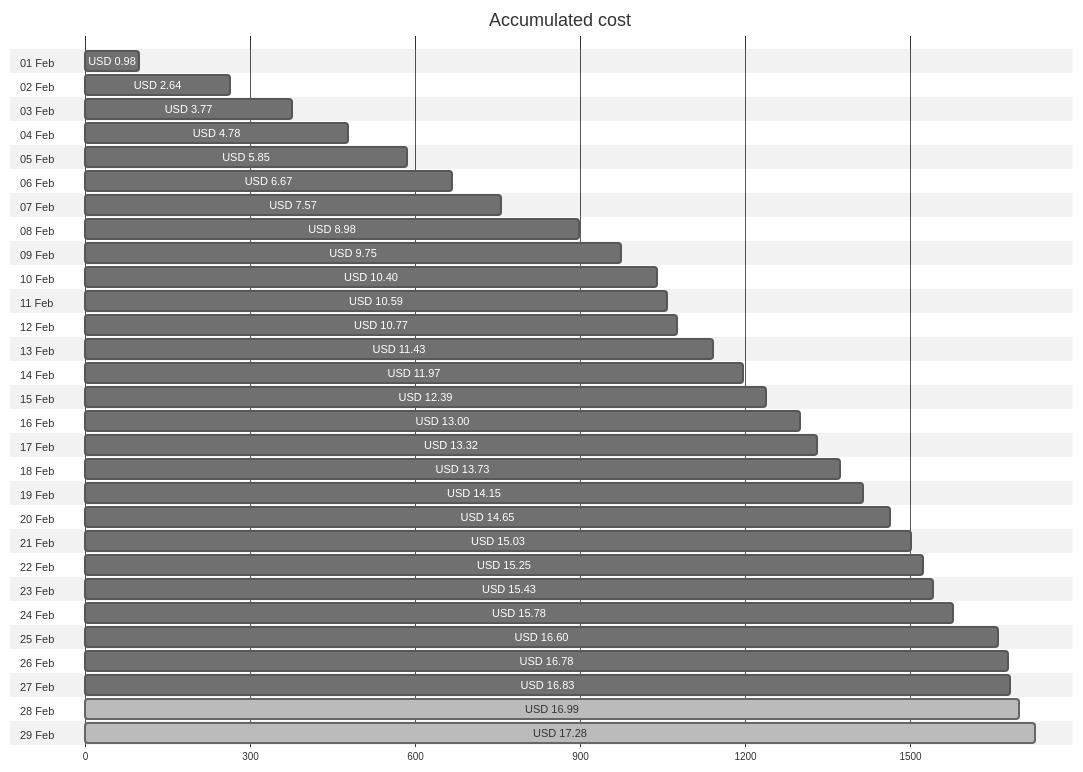
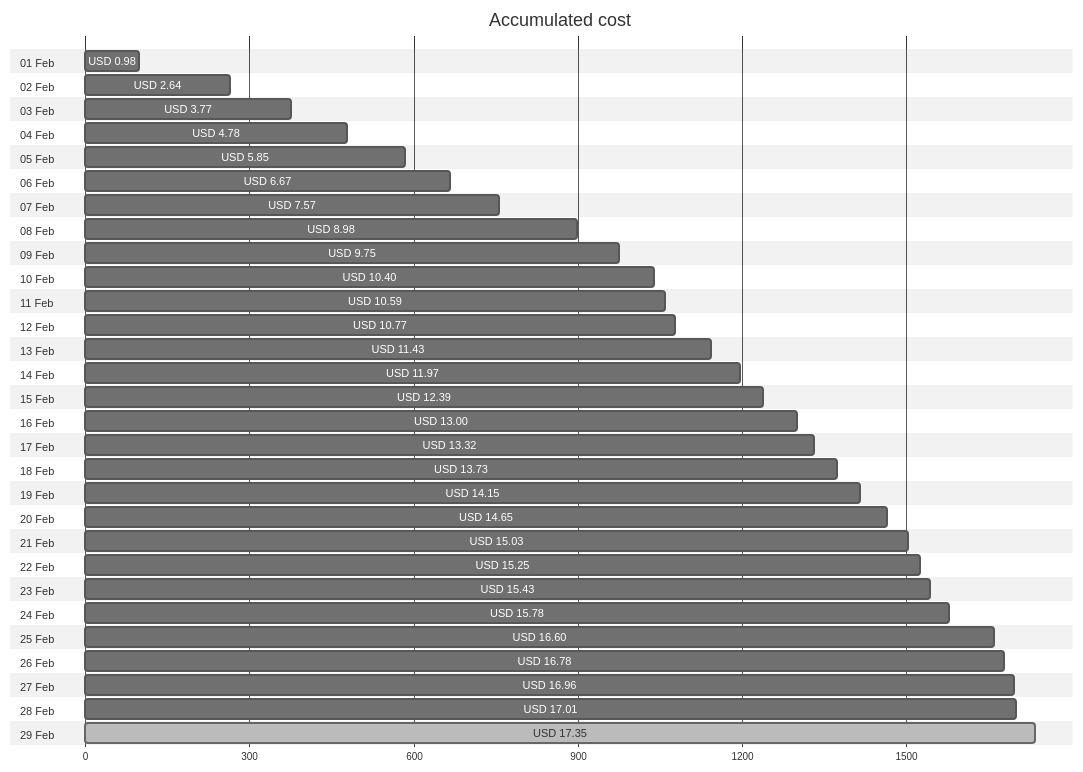
The first of 4 diagrams in cost-reports/personal-network/vpn-server.md (jpfulton/azure-personal-reports), drawn with Mermaid (neutral theme) before and after one commit. The commit also changed other lines of this file and 8 other files, not shown here.

````diff
--- a/cost-reports/personal-network/vpn-server.md
+++ b/cost-reports/personal-network/vpn-server.md
@@ -20,64 +20,64 @@
 ```mermaid
 gantt
    title Accumulated cost
    dateFormat  X
    axisFormat %s
    section 01 Feb
    USD 0.98 :0, 98
    section 02 Feb
    USD 2.64 :0, 264
    section 03 Feb
    USD 3.77 :0, 377
    section 04 Feb
    USD 4.78 :0, 478
    section 05 Feb
    USD 5.85 :0, 585
    section 06 Feb
    USD 6.67 :0, 667
    section 07 Feb
    USD 7.57 :0, 757
    section 08 Feb
    USD 8.98 :0, 898
    section 09 Feb
    USD 9.75 :0, 975
    section 10 Feb
    USD 10.40 :0, 1040
    section 11 Feb
    USD 10.59 :0, 1059
    section 12 Feb
    USD 10.77 :0, 1077
    section 13 Feb
    USD 11.43 :0, 1143
    section 14 Feb
    USD 11.97 :0, 1197
    section 15 Feb
    USD 12.39 :0, 1239
    section 16 Feb
    USD 13.00 :0, 1300
    section 17 Feb
    USD 13.32 :0, 1332
    section 18 Feb
    USD 13.73 :0, 1373
    section 19 Feb
    USD 14.15 :0, 1415
    section 20 Feb
    USD 14.65 :0, 1465
    section 21 Feb
    USD 15.03 :0, 1503
    section 22 Feb
    USD 15.25 :0, 1525
    section 23 Feb
    USD 15.43 :0, 1543
    section 24 Feb
    USD 15.78 :0, 1578
    section 25 Feb
    USD 16.60 :0, 1660
    section 26 Feb
    USD 16.78 :0, 1678
    section 27 Feb
-   USD 16.83 :0, 1683
+   USD 16.96 :0, 1696
    section 28 Feb
-   USD 16.99 : done, 0, 1699
+   USD 17.01 :0, 1701
    section 29 Feb
-   USD 17.28 : done, 0, 1728
+   USD 17.35 : done, 0, 1735
 ```
````
